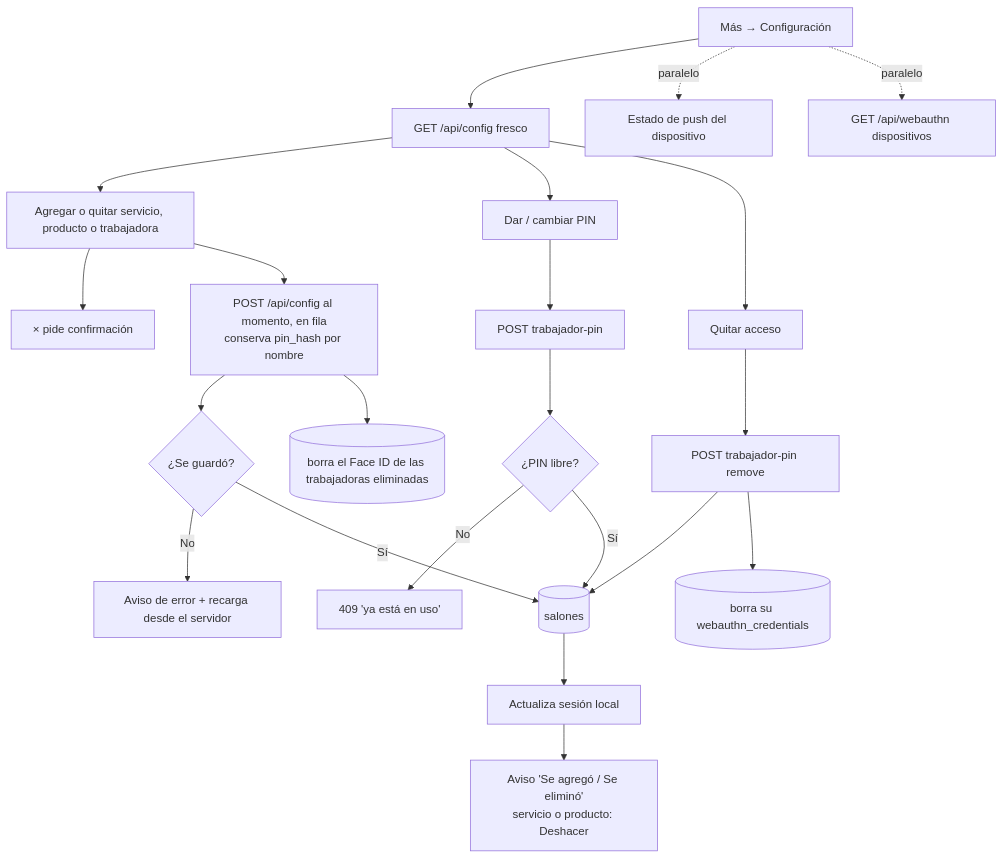
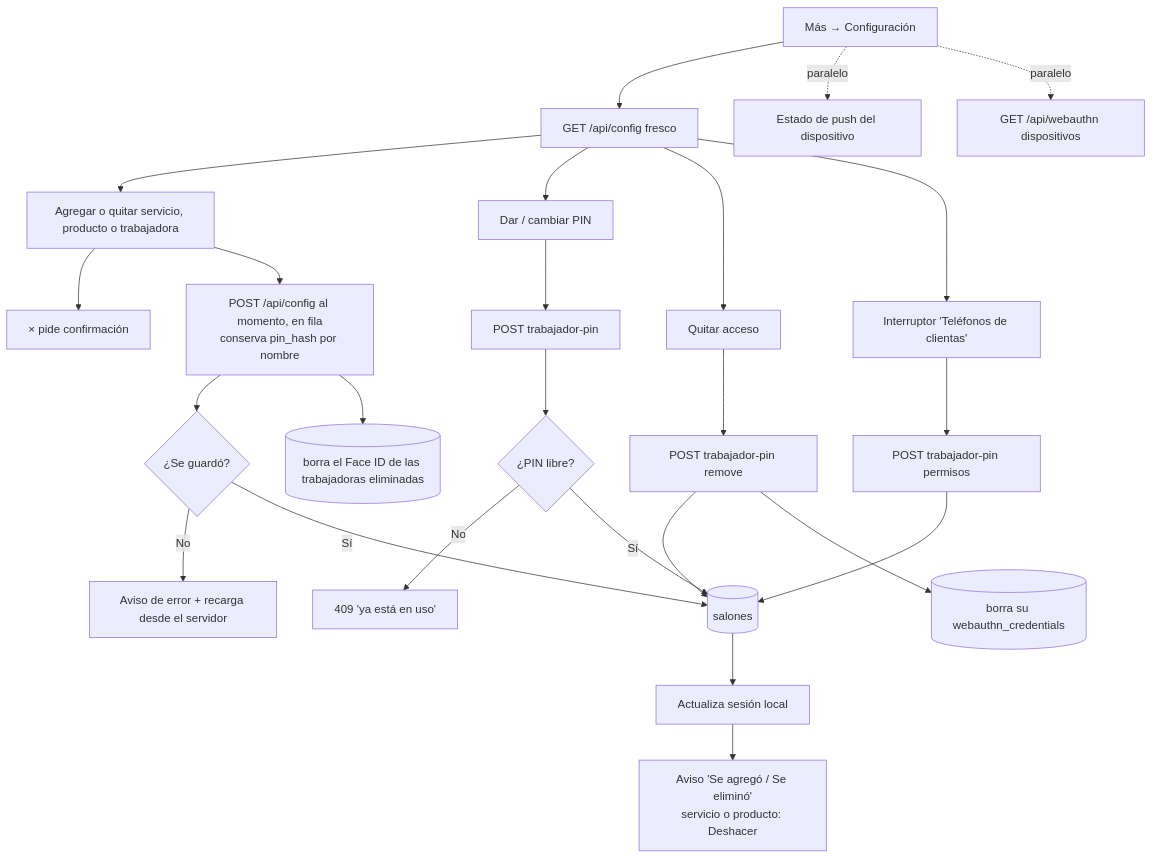
Before and after one commit to jesusangelsr12-dotcom/MarthaRdzApp: diagram 12 of 14 in docs/AppFlow.md, drawn with Mermaid. The commit also changed other lines of this file and 21 other files, not shown here.

First line of the commit message:
Permiso "Teléfonos de clientas" por trabajadora (v49)

````diff
--- a/docs/AppFlow.md
+++ b/docs/AppFlow.md
@@ -286,19 +287,20 @@
 ```mermaid
 flowchart TD
   A[Más → Configuración] --> B[GET /api/config fresco]
   A -. paralelo .-> N[Estado de push del dispositivo]
   A -. paralelo .-> W[GET /api/webauthn dispositivos]
   B --> C[Agregar o quitar servicio, producto o trabajadora]
   C --> C1[× pide confirmación]
   C --> E[POST /api/config al momento, en fila<br/>conserva pin_hash por nombre]
   E --> E1{¿Se guardó?}
   E1 -- No --> E2[Aviso de error + recarga desde el servidor]
   E1 -- Sí --> F[(salones)]
   F --> G[Actualiza sesión local] --> H[Aviso 'Se agregó / Se eliminó'<br/>servicio o producto: Deshacer]
   B --> P[Dar / cambiar PIN] --> P1[POST trabajador-pin] --> P2{¿PIN libre?}
   P2 -- No --> P3[409 'ya está en uso']
   P2 -- Sí --> F
   B --> Q[Quitar acceso] --> Q1[POST trabajador-pin remove] --> F
+  B --> R[Interruptor 'Teléfonos de clientas'] --> R1[POST trabajador-pin permisos] --> F
   Q1 --> WQ[(borra su webauthn_credentials)]
   E --> WE[(borra el Face ID de las trabajadoras eliminadas)]
 ```
````
